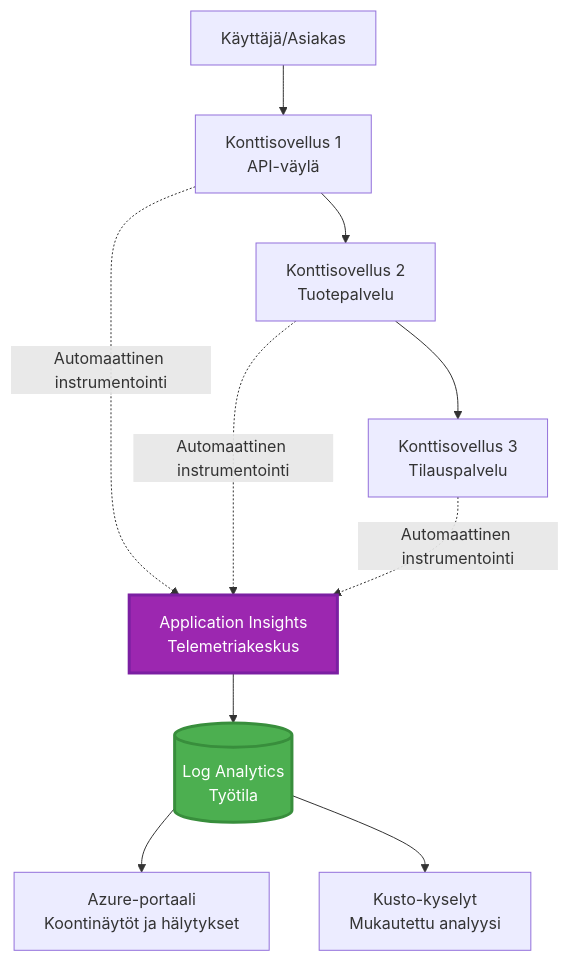
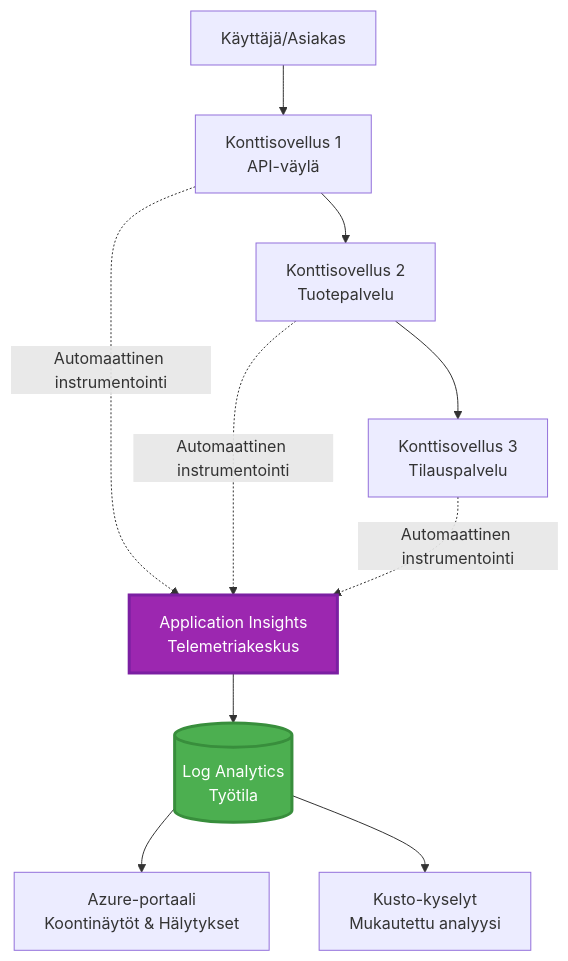
One commit to microsoft/AZD-for-beginners changed the first of 2 diagrams in translations/fi/docs/chapter-06-pre-deployment/application-insights.md. Above: the diagram before and after it, drawn with Mermaid. The commit also changed other lines of this file and 101 other files, not shown here.

````diff
--- a/translations/fi/docs/chapter-06-pre-deployment/application-insights.md
+++ b/translations/fi/docs/chapter-06-pre-deployment/application-insights.md
@@ -58,28 +58,28 @@
 ```mermaid
 graph TB
     User[Käyttäjä/Asiakas]
     App1[Konttisovellus 1<br/>API-väylä]
     App2[Konttisovellus 2<br/>Tuotepalvelu]
     App3[Konttisovellus 3<br/>Tilauspalvelu]
     
     AppInsights[Application Insights<br/>Telemetriakeskus]
     LogAnalytics[(Log Analytics<br/>Työtila)]
     
-    Portal[Azure-portaali<br/>Koontinäytöt ja hälytykset]
+    Portal[Azure-portaali<br/>Koontinäytöt & Hälytykset]
     Query[Kusto-kyselyt<br/>Mukautettu analyysi]
     
     User --> App1
     App1 --> App2
     App2 --> App3
     
     App1 -.->|Automaattinen instrumentointi| AppInsights
     App2 -.->|Automaattinen instrumentointi| AppInsights
     App3 -.->|Automaattinen instrumentointi| AppInsights
     
     AppInsights --> LogAnalytics
     LogAnalytics --> Portal
     LogAnalytics --> Query
     
     style AppInsights fill:#9C27B0,stroke:#7B1FA2,stroke-width:3px,color:#fff
     style LogAnalytics fill:#4CAF50,stroke:#388E3C,stroke-width:3px,color:#fff
 ```
````
